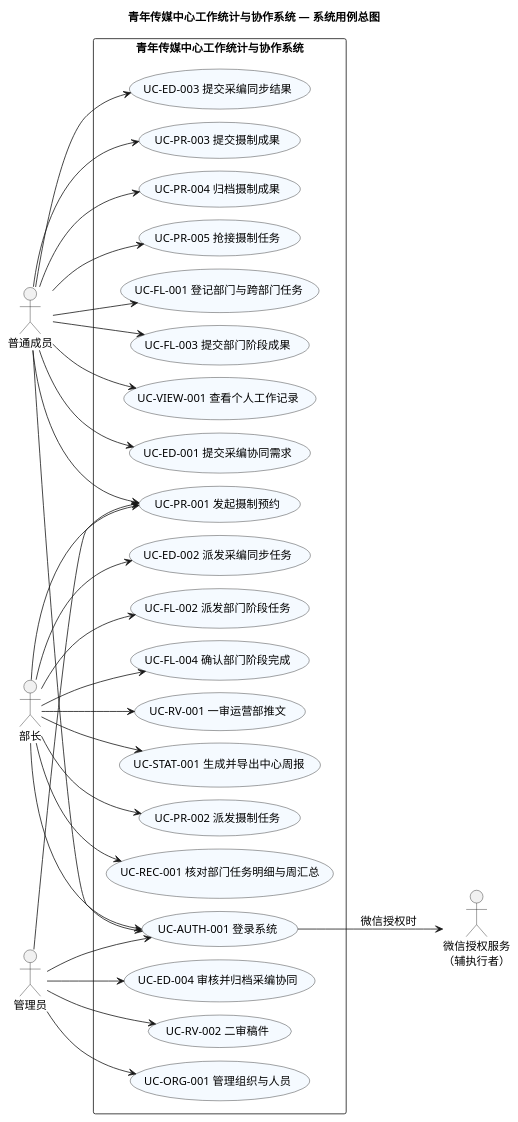
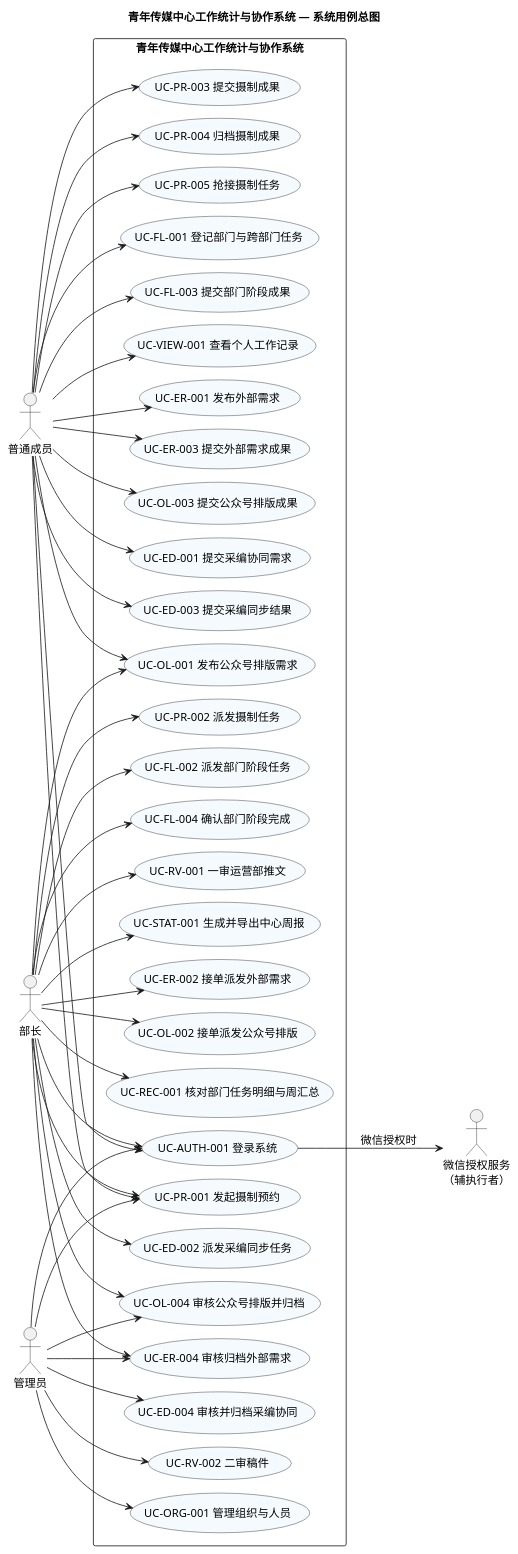
One commit to tccc1csu/miniprogram-csu changed the diagram in docs/diagrams/system-use-case-overview.puml. Above: the diagram before and after it, drawn with PlantUML. The commit also changed 133 other files, not shown here.

First line of the commit message:
docs: 重建课程分析文档与流程图，补齐外部需求/排版流程

```diff
--- a/docs/diagrams/system-use-case-overview.puml
+++ b/docs/diagrams/system-use-case-overview.puml
@@ -1,62 +1,81 @@
 @startuml
 title 青年传媒中心工作统计与协作系统 — 系统用例总图
 left to right direction
 skinparam defaultFontName Microsoft YaHei
 skinparam defaultFontSize 14
 skinparam shadowing false
 skinparam packageStyle rectangle
 skinparam nodesep 16
 skinparam ranksep 65
 skinparam usecaseBackgroundColor #F5FAFF
 actor "普通成员" as Member
 actor "部长" as Minister
 actor "管理员" as Admin
 actor "微信授权服务\n（辅执行者）" as WeChat
 rectangle "青年传媒中心工作统计与协作系统" {
   usecase "UC-ED-001 提交采编协同需求" as UC_ED_001
   usecase "UC-ED-003 提交采编同步结果" as UC_ED_003
   usecase "UC-PR-001 发起摄制预约" as UC_PR_001
   usecase "UC-PR-003 提交摄制成果" as UC_PR_003
   usecase "UC-PR-004 归档摄制成果" as UC_PR_004
   usecase "UC-PR-005 抢接摄制任务" as UC_PR_005
   usecase "UC-FL-001 登记部门与跨部门任务" as UC_FL_001
   usecase "UC-FL-003 提交部门阶段成果" as UC_FL_003
   usecase "UC-VIEW-001 查看个人工作记录" as UC_VIEW_001
   usecase "UC-ED-002 派发采编同步任务" as UC_ED_002
   usecase "UC-PR-002 派发摄制任务" as UC_PR_002
   usecase "UC-FL-002 派发部门阶段任务" as UC_FL_002
   usecase "UC-FL-004 确认部门阶段完成" as UC_FL_004
   usecase "UC-RV-001 一审运营部推文" as UC_RV_001
   usecase "UC-REC-001 核对部门任务明细与周汇总" as UC_REC_001
   usecase "UC-STAT-001 生成并导出中心周报" as UC_STAT_001
   usecase "UC-ED-004 审核并归档采编协同" as UC_ED_004
+  usecase "UC-ER-001 发布外部需求" as UC_ER_001
+  usecase "UC-ER-002 接单派发外部需求" as UC_ER_002
+  usecase "UC-ER-003 提交外部需求成果" as UC_ER_003
+  usecase "UC-ER-004 审核归档外部需求" as UC_ER_004
+  usecase "UC-OL-001 发布公众号排版需求" as UC_OL_001
+  usecase "UC-OL-002 接单派发公众号排版" as UC_OL_002
+  usecase "UC-OL-003 提交公众号排版成果" as UC_OL_003
+  usecase "UC-OL-004 审核公众号排版并归档" as UC_OL_004
   usecase "UC-RV-002 二审稿件" as UC_RV_002
   usecase "UC-ORG-001 管理组织与人员" as UC_ORG_001
   usecase "UC-AUTH-001 登录系统" as UC_AUTH_001
 }
 Member --> UC_ED_001
 Member --> UC_ED_003
 Member --> UC_PR_001
 Member --> UC_PR_003
 Member --> UC_PR_004
 Member --> UC_PR_005
 Member --> UC_FL_001
 Member --> UC_FL_003
 Member --> UC_VIEW_001
 Minister --> UC_ED_002
 Minister --> UC_PR_002
 Minister --> UC_FL_002
 Minister --> UC_FL_004
 Minister --> UC_RV_001
 Minister --> UC_REC_001
 Minister --> UC_STAT_001
 Admin --> UC_ED_004
+Member --> UC_ER_001
+Minister --> UC_ER_002
+Member --> UC_ER_003
+Minister --> UC_ER_004
+Admin --> UC_ER_004
+Member --> UC_OL_001
+Minister --> UC_OL_001
+Minister --> UC_OL_002
+Member --> UC_OL_003
+Minister --> UC_OL_004
+Admin --> UC_OL_004
 Admin --> UC_RV_002
 Admin --> UC_ORG_001
 Minister --> UC_PR_001
 Admin --> UC_PR_001
 Member --> UC_AUTH_001
 Minister --> UC_AUTH_001
 Admin --> UC_AUTH_001
 UC_AUTH_001 --> WeChat : 微信授权时
 @enduml
```
